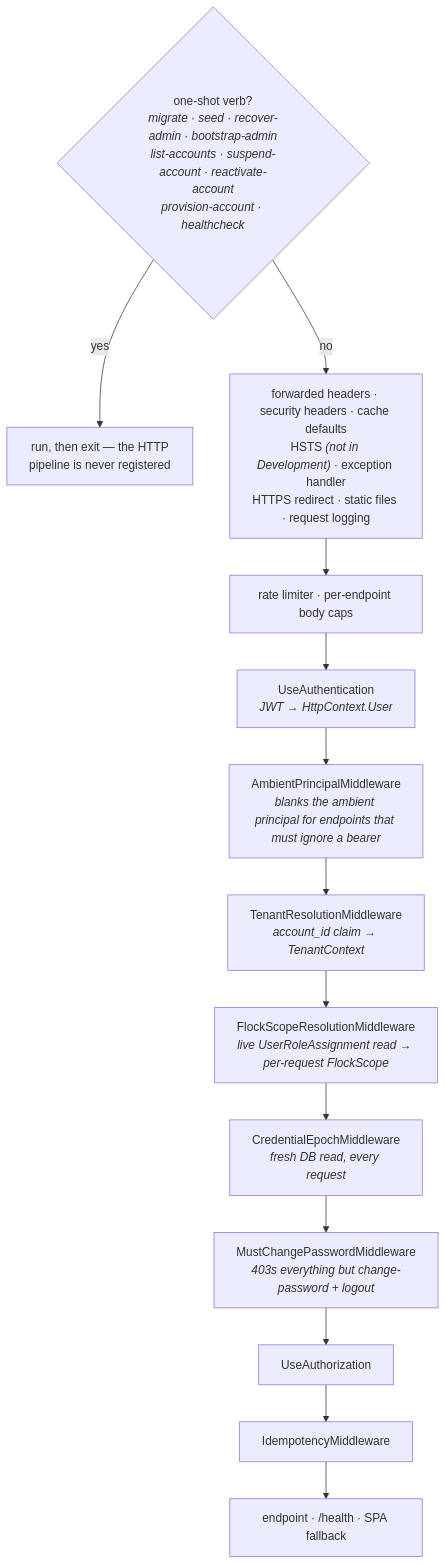
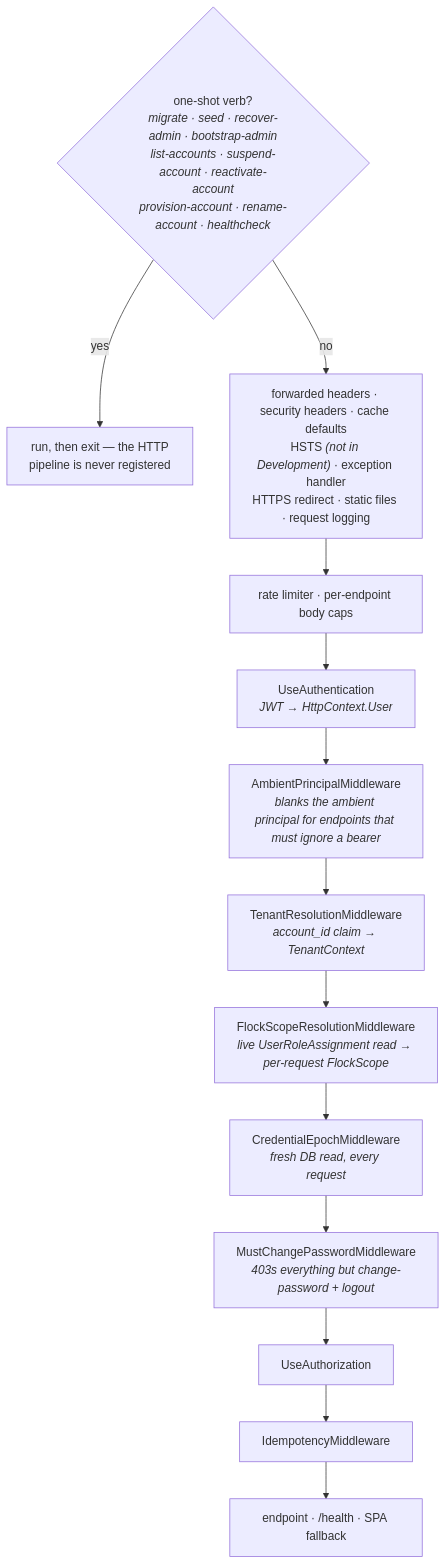
Before and after one commit to mforce/cluckwork: the first of 4 diagrams in docs/architecture.md, drawn with Mermaid. The commit also changed 37 other files, not shown here.

First line of the commit message:
feat(cli): rename-account verb to change a farm code (#732) (#733)

````diff
--- a/docs/architecture.md
+++ b/docs/architecture.md
@@ -20,18 +20,18 @@
 ```mermaid
 flowchart TD
-    CLI{"one-shot verb?<br/><i>migrate · seed · recover-admin · bootstrap-admin<br/>list-accounts · suspend-account · reactivate-account<br/>provision-account · healthcheck</i>"}
+    CLI{"one-shot verb?<br/><i>migrate · seed · recover-admin · bootstrap-admin<br/>list-accounts · suspend-account · reactivate-account<br/>provision-account · rename-account · healthcheck</i>"}
     CLI -->|yes| EXIT["run, then exit — the HTTP<br/>pipeline is never registered"]
     CLI -->|no| EDGE
 
     EDGE["forwarded headers · security headers · cache defaults<br/>HSTS <i>(not in Development)</i> · exception handler<br/>HTTPS redirect · static files · request logging"]
     EDGE --> LIMITS["rate limiter · per-endpoint body caps"]
     LIMITS --> AUTHN["UseAuthentication<br/><i>JWT → HttpContext.User</i>"]
     AUTHN --> AMBIENT["AmbientPrincipalMiddleware<br/><i>blanks the ambient principal for endpoints that must ignore a bearer</i>"]
     AMBIENT --> TENANT["TenantResolutionMiddleware<br/><i>account_id claim → TenantContext</i>"]
     TENANT --> FLOCKSCOPE["FlockScopeResolutionMiddleware<br/><i>live UserRoleAssignment read → per-request FlockScope</i>"]
     FLOCKSCOPE --> EPOCH["CredentialEpochMiddleware<br/><i>fresh DB read, every request</i>"]
     EPOCH --> MCP["MustChangePasswordMiddleware<br/><i>403s everything but change-password + logout</i>"]
     MCP --> AUTHZ["UseAuthorization"]
     AUTHZ --> IDEM["IdempotencyMiddleware"]
     IDEM --> ENDPOINT["endpoint · /health · SPA fallback"]
 ```
````
